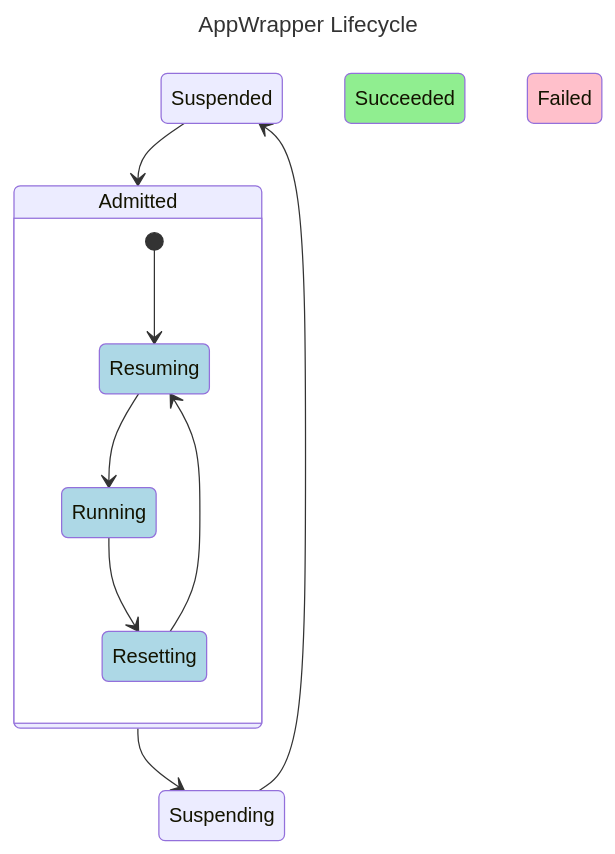
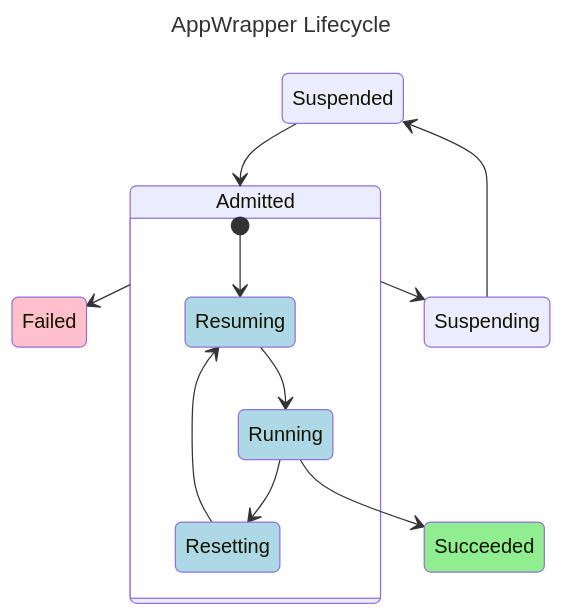
One commit to project-codeflare/mlbatch changed the diagram in CODEFLARE.md. Above: the diagram before and after it, drawn with Mermaid.

````diff
--- a/CODEFLARE.md
+++ b/CODEFLARE.md
@@ -176,36 +176,39 @@
 ```mermaid
 ---
 title: AppWrapper Lifecycle
 ---
 stateDiagram-v2
+    f : Failed
     sp : Suspended
+    ad : Admitted
     s : Succeeded
-    f : Failed
-    ad : Admitted
     su: Suspending
-    rs : Resuming
-    rn : Running
-    rt : Resetting
 
     state ad {
       [*] --> rs
       rs --> rn
       rn --> rt 
       rt --> rs
+ 
+      rs : Resuming
+      rn : Running
+      rt : Resetting
     }
 
     sp --> ad
+    rn --> s
     ad --> su
     su --> sp
-    
+    ad --> f
+ 
     classDef admitted fill:lightblue
     class rs admitted
     class rn admitted
     class rt admitted
 
     classDef failed fill:pink
     class f failed
 
     classDef succeeded fill:lightgreen
     class s succeeded
 ```
````
